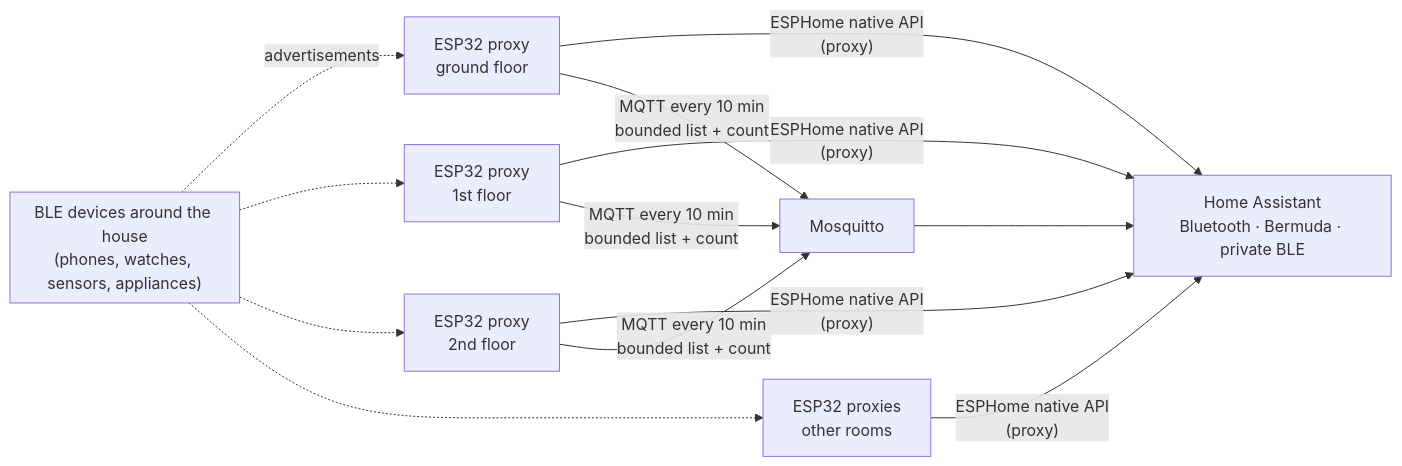
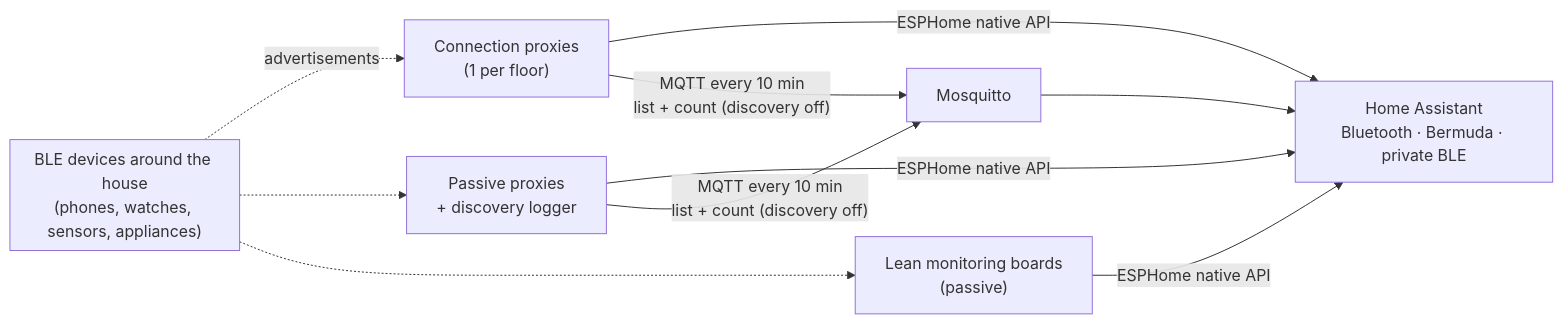
The diagram in README.md (the-control-cabinet/esp32-ble-presence-network), drawn with Mermaid before and after one commit. The commit also changed other lines of this file and 11 other files, not shown here.

````diff
--- a/README.md
+++ b/README.md
@@ -32,11 +44,10 @@
 ```mermaid
 flowchart LR
     subgraph House["BLE devices around the house<br/>(phones, watches, sensors, appliances)"]
     end
-    House -.advertisements.-> P1["ESP32 proxy<br/>ground floor"]
-    House -.-> P2["ESP32 proxy<br/>1st floor"]
-    House -.-> P3["ESP32 proxy<br/>2nd floor"]
-    House -.-> P4["ESP32 proxies<br/>other rooms"]
-    P1 & P2 & P3 & P4 -->|"ESPHome native API<br/>(proxy)"| HA["Home Assistant<br/>Bluetooth · Bermuda · private BLE"]
-    P1 & P2 & P3 -->|"MQTT every 10 min<br/>bounded list + count"| MQ["Mosquitto"] --> HA
+    House -.advertisements.-> A["Connection proxies<br/>(1 per floor)"]
+    House -.-> P["Passive proxies<br/>+ discovery logger"]
+    House -.-> L["Lean monitoring boards<br/>(passive)"]
+    A & P & L -->|"ESPHome native API"| HA["Home Assistant<br/>Bluetooth · Bermuda · private BLE"]
+    A & P -->|"MQTT every 10 min<br/>list + count (discovery off)"| MQ["Mosquitto"] --> HA
 ```
````
